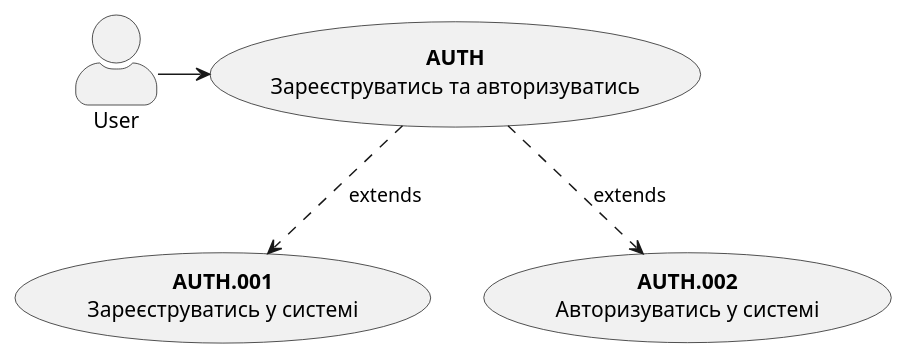
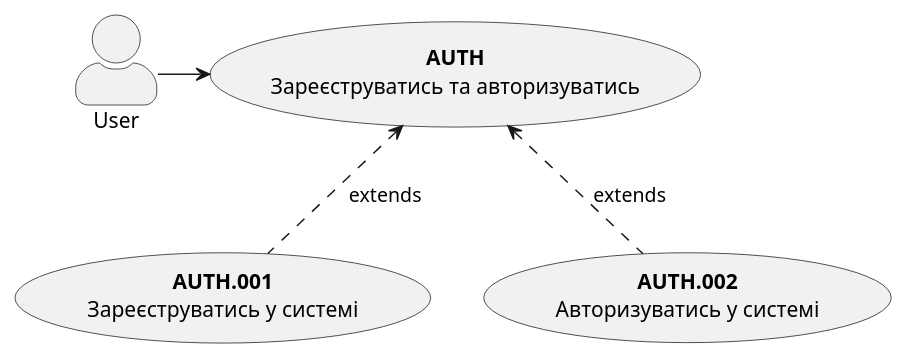
The second of 19 diagrams in docs/use cases/README.md (ic3top/QuizHub), drawn with PlantUML before and after one commit. The commit also changed other lines of this file and 2 other files, not shown here.

```diff
--- a/docs/use cases/README.md
+++ b/docs/use cases/README.md
@@ -40,14 +40,14 @@
 @startuml
 
     skinparam actorStyle awesome
     actor User
 
     usecase "<b>AUTH\nЗареєструватись та авторизуватись" as AUTH
     usecase "<b>AUTH.001\nЗареєструватись у системі" as Register
     usecase "<b>AUTH.002\nАвторизуватись у системі" as Authorize
 
     User -r-> AUTH
-    AUTH .d.> Register : extends
-    AUTH .d.> Authorize : extends
+    Register .u.> AUTH : extends
+    Authorize .u.> AUTH : extends
 
 @enduml
```
